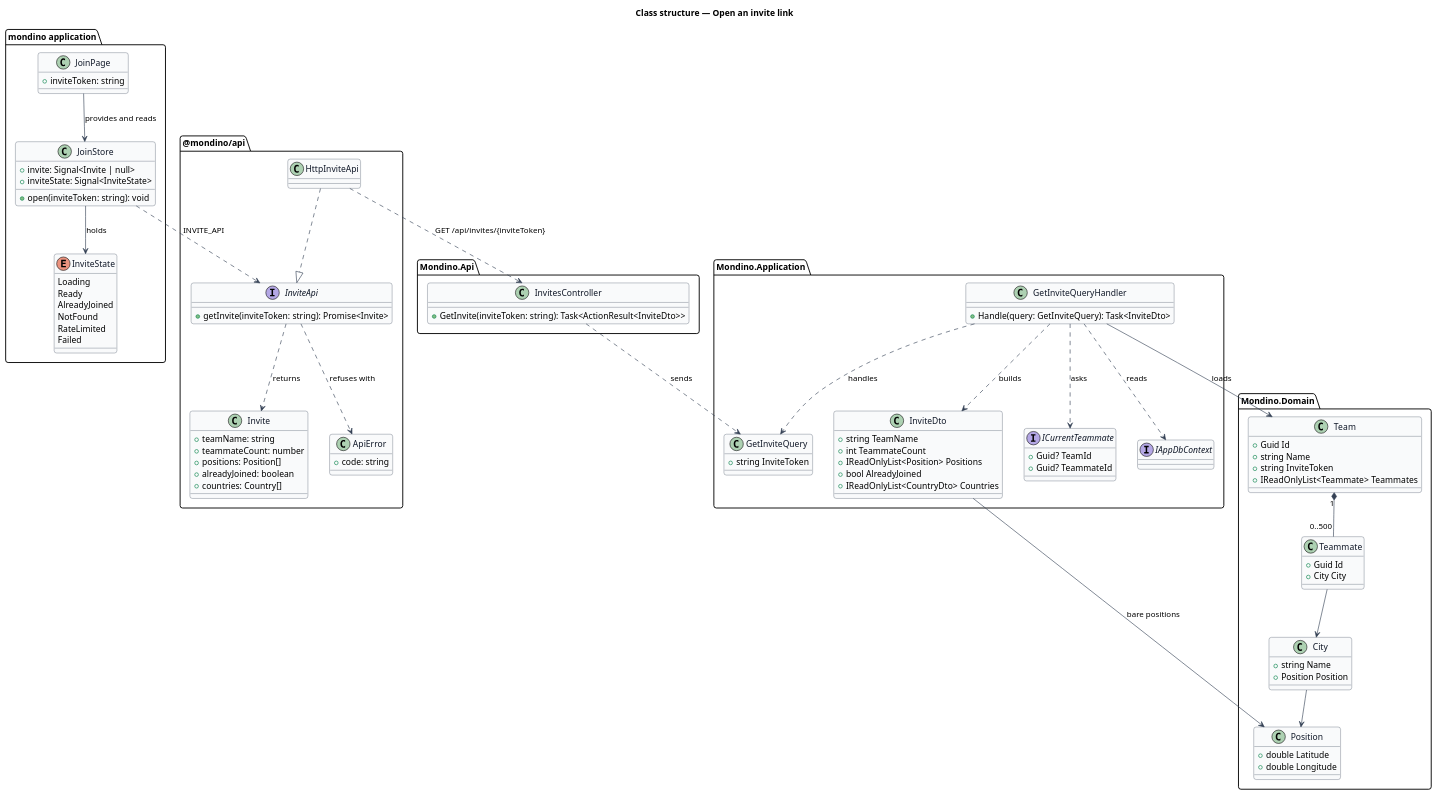
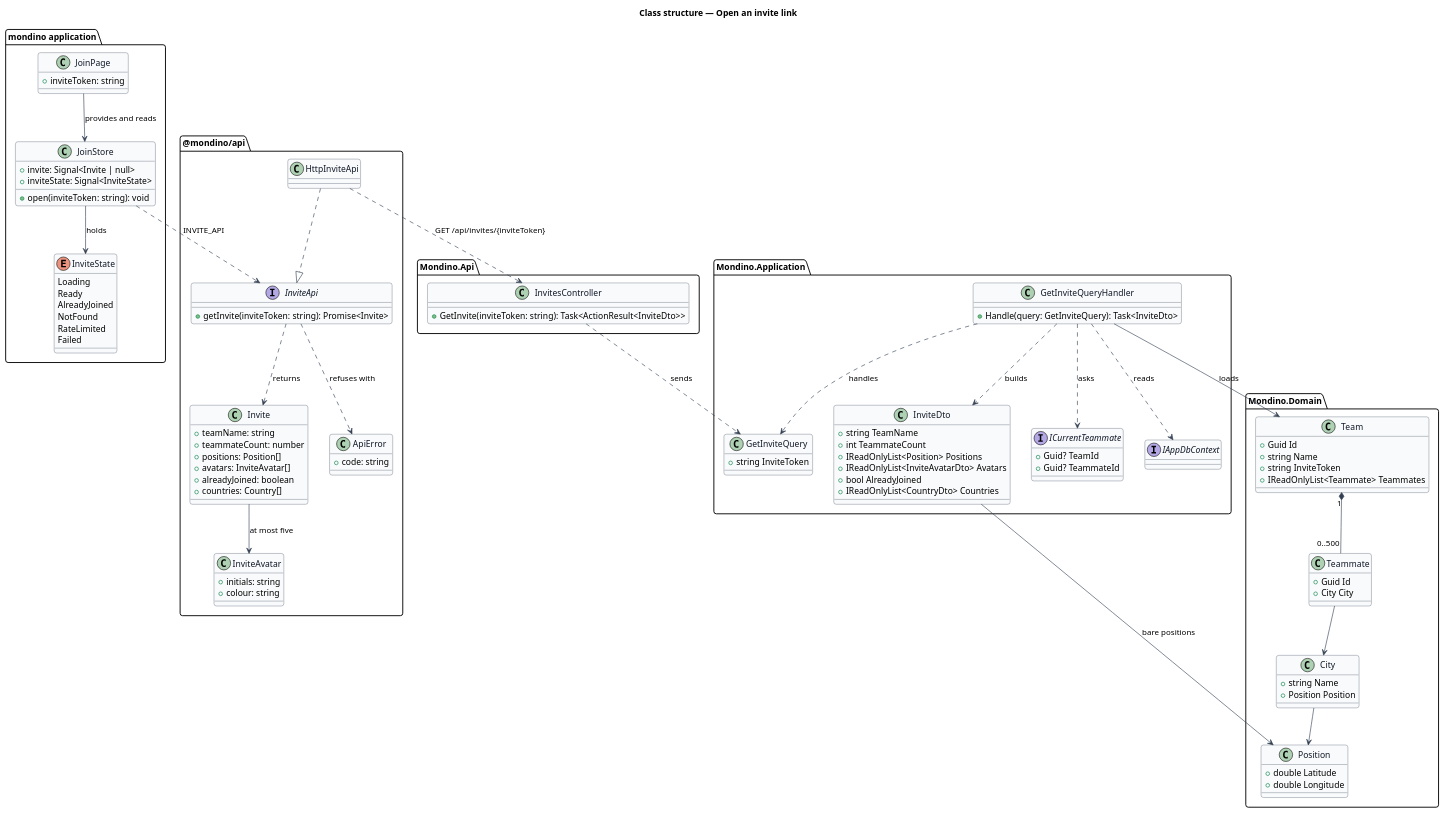
Before and after one commit to QuinntyneBrown/Mondino: the diagram in docs/detailed-designs/joining/open-invite-link/diagrams/class-structure.puml, drawn with PlantUML. The commit also changed 11 other files, not shown here.

```diff
--- a/docs/detailed-designs/joining/open-invite-link/diagrams/class-structure.puml
+++ b/docs/detailed-designs/joining/open-invite-link/diagrams/class-structure.puml
@@ -1,113 +1,120 @@
 @startuml
 set namespaceSeparator none
 skinparam backgroundColor #FFFFFF
 skinparam shadowing false
 skinparam roundcorner 8
 skinparam defaultFontName Arial
 skinparam ArrowColor #344054
 skinparam class {
   BorderColor #344054
   FontColor #101828
   BackgroundColor #F9FAFB
 }
 
 title Class structure — Open an invite link
 
 package "mondino application" {
   class JoinPage {
     +inviteToken: string
   }
   class JoinStore {
     +invite: Signal<Invite | null>
     +inviteState: Signal<InviteState>
     +open(inviteToken: string): void
   }
   enum InviteState {
     Loading
     Ready
     AlreadyJoined
     NotFound
     RateLimited
     Failed
   }
 }
 package "@mondino/api" {
   interface InviteApi {
     +getInvite(inviteToken: string): Promise<Invite>
   }
   class HttpInviteApi
   class Invite {
     +teamName: string
     +teammateCount: number
     +positions: Position[]
+    +avatars: InviteAvatar[]
     +alreadyJoined: boolean
     +countries: Country[]
+  }
+  class InviteAvatar {
+    +initials: string
+    +colour: string
   }
   class ApiError {
     +code: string
   }
 }
 package "Mondino.Api" {
   class InvitesController {
     +GetInvite(inviteToken: string): Task<ActionResult<InviteDto>>
   }
 }
 package "Mondino.Application" {
   class GetInviteQuery {
     +string InviteToken
   }
   class GetInviteQueryHandler {
     +Handle(query: GetInviteQuery): Task<InviteDto>
   }
   class InviteDto {
     +string TeamName
     +int TeammateCount
     +IReadOnlyList<Position> Positions
+    +IReadOnlyList<InviteAvatarDto> Avatars
     +bool AlreadyJoined
     +IReadOnlyList<CountryDto> Countries
   }
   interface ICurrentTeammate {
     +Guid? TeamId
     +Guid? TeammateId
   }
   interface IAppDbContext
 }
 package "Mondino.Domain" {
   class Team {
     +Guid Id
     +string Name
     +string InviteToken
     +IReadOnlyList<Teammate> Teammates
   }
   class Teammate {
     +Guid Id
     +City City
   }
   class City {
     +string Name
     +Position Position
   }
   class Position {
     +double Latitude
     +double Longitude
   }
 }
 
 JoinPage --> JoinStore : provides and reads
 JoinStore --> InviteState : holds
 JoinStore ..> InviteApi : INVITE_API
 HttpInviteApi ..|> InviteApi
 InviteApi ..> Invite : returns
+Invite --> InviteAvatar : at most five
 InviteApi ..> ApiError : refuses with
 HttpInviteApi ..> InvitesController : GET /api/invites/{inviteToken}
 InvitesController ..> GetInviteQuery : sends
 GetInviteQueryHandler ..> GetInviteQuery : handles
 GetInviteQueryHandler ..> InviteDto : builds
 GetInviteQueryHandler ..> ICurrentTeammate : asks
 GetInviteQueryHandler ..> IAppDbContext : reads
 GetInviteQueryHandler --> Team : loads
 Team "1" *-- "0..500" Teammate
 Teammate --> City
 City --> Position
 InviteDto --> Position : bare positions
 @enduml
```
